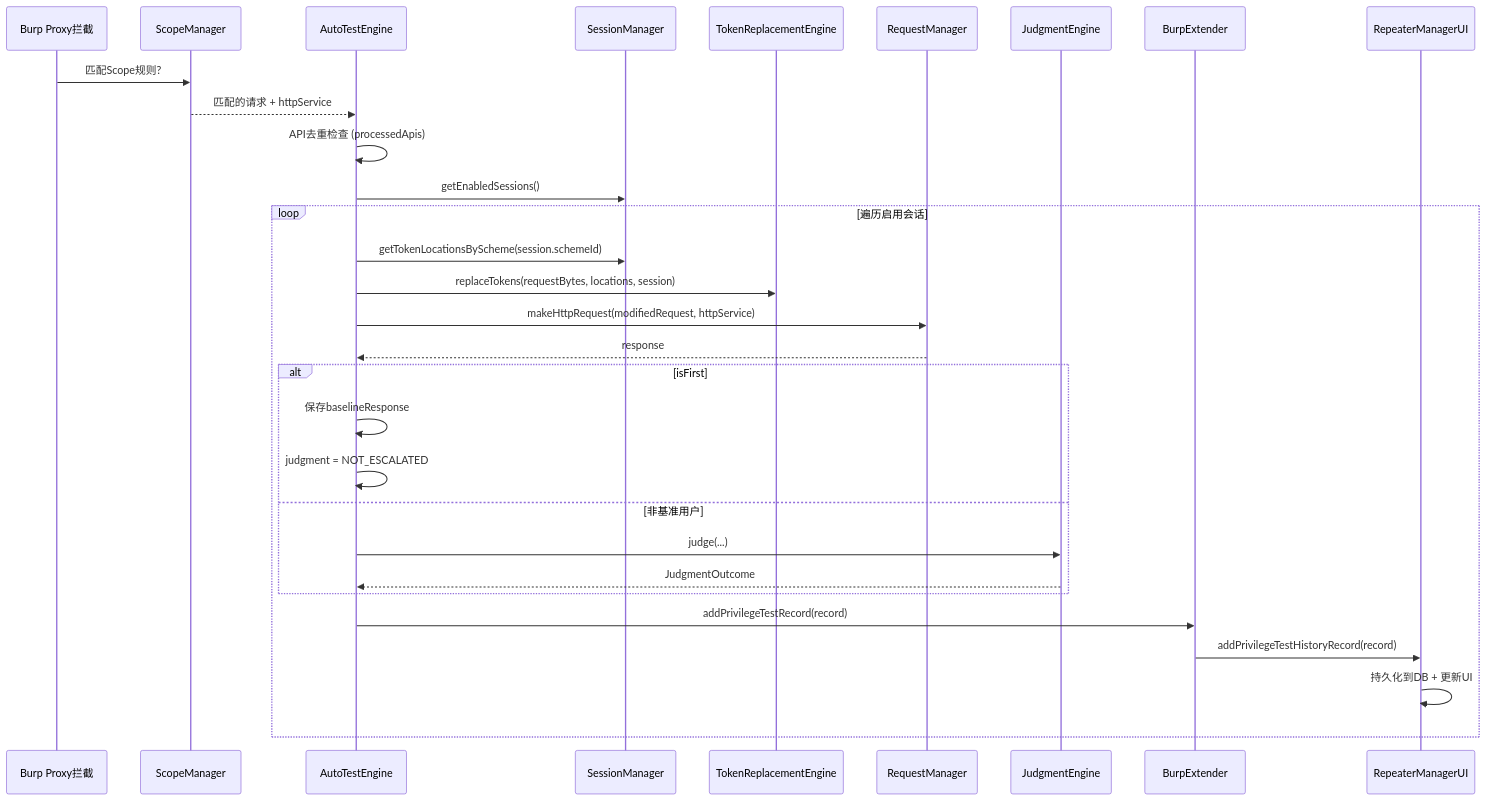
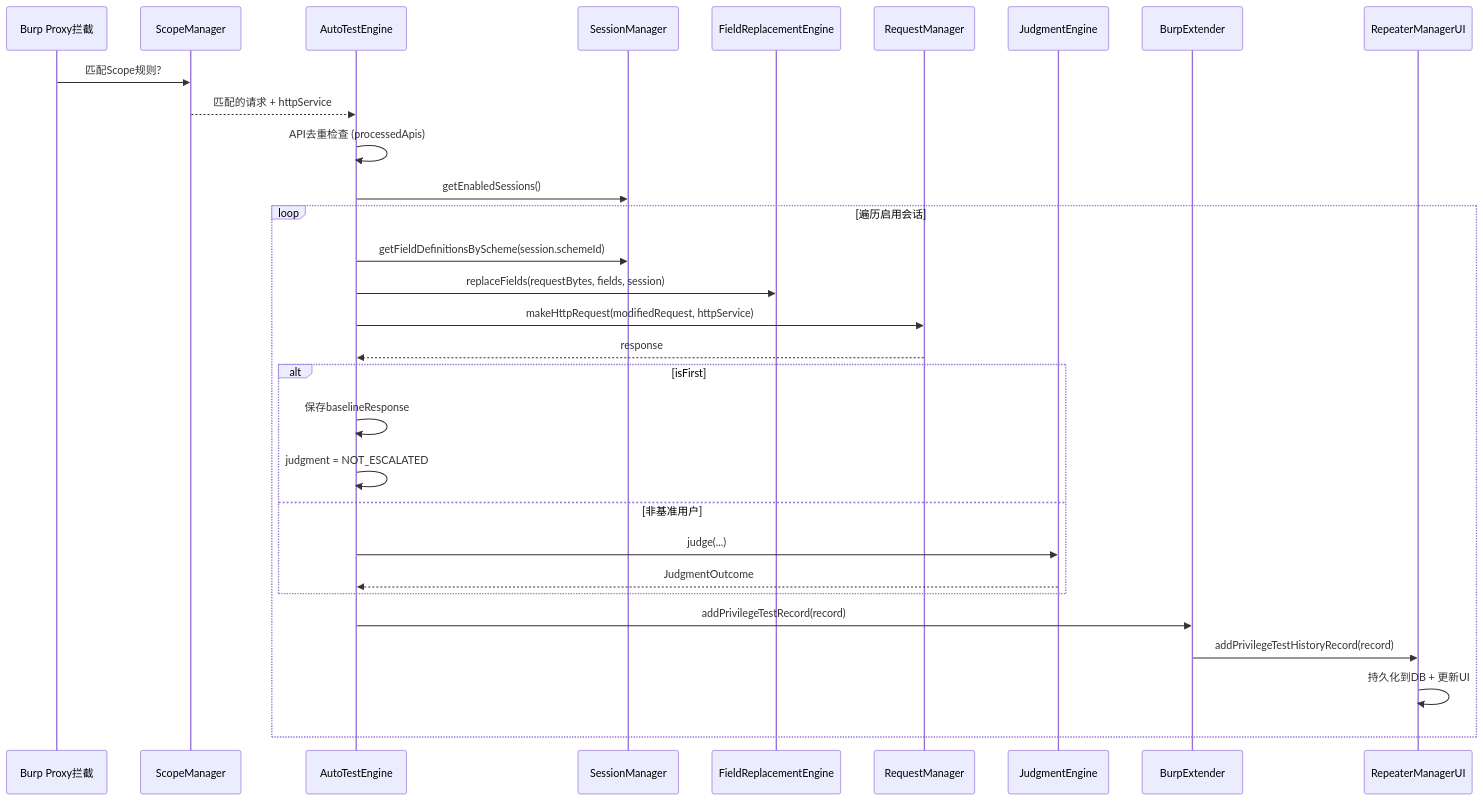
Diagram 13 of 28 in doc/data_flow_analysis.md (GitHubNull/repeaterManger), drawn with Mermaid before and after one commit. The commit also changed other lines of this file and 72 other files, not shown here.

First line of the commit message:
feat(privilege): TokenScheme/TokenLocation 重构为 Scheme/FieldDefinition 体系

````diff
--- a/doc/data_flow_analysis.md
+++ b/doc/data_flow_analysis.md
@@ -566,36 +566,36 @@
 ```mermaid
 sequenceDiagram
     participant Proxy as Burp Proxy拦截
     participant Scope as ScopeManager
     participant ATE as AutoTestEngine
     participant SM as SessionManager
-    participant TRE as TokenReplacementEngine
+    participant TRE as FieldReplacementEngine
     participant RM as RequestManager
     participant JE as JudgmentEngine
     participant BE as BurpExtender
     participant RMUI as RepeaterManagerUI
 
     Proxy->>Scope: 匹配Scope规则?
     Scope-->>ATE: 匹配的请求 + httpService
     ATE->>ATE: API去重检查 (processedApis)
     ATE->>SM: getEnabledSessions()
 
     loop 遍历启用会话
-        ATE->>SM: getTokenLocationsByScheme(session.schemeId)
-        ATE->>TRE: replaceTokens(requestBytes, locations, session)
+        ATE->>SM: getFieldDefinitionsByScheme(session.schemeId)
+        ATE->>TRE: replaceFields(requestBytes, fields, session)
         ATE->>RM: makeHttpRequest(modifiedRequest, httpService)
         RM-->>ATE: response
 
         alt isFirst
             ATE->>ATE: 保存baselineResponse
             ATE->>ATE: judgment = NOT_ESCALATED
         else 非基准用户
             ATE->>JE: judge(...)
             JE-->>ATE: JudgmentOutcome
         end
 
         ATE->>BE: addPrivilegeTestRecord(record)
         BE->>RMUI: addPrivilegeTestHistoryRecord(record)
         RMUI->>RMUI: 持久化到DB + 更新UI
     end
 ```
````
